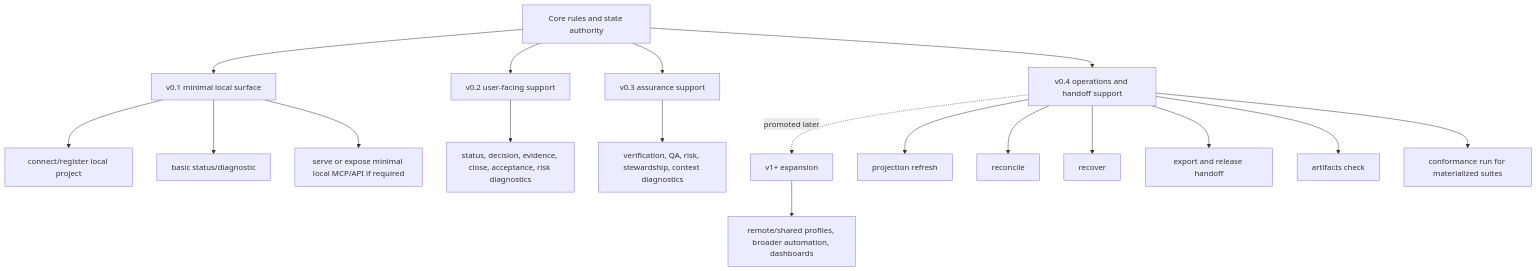
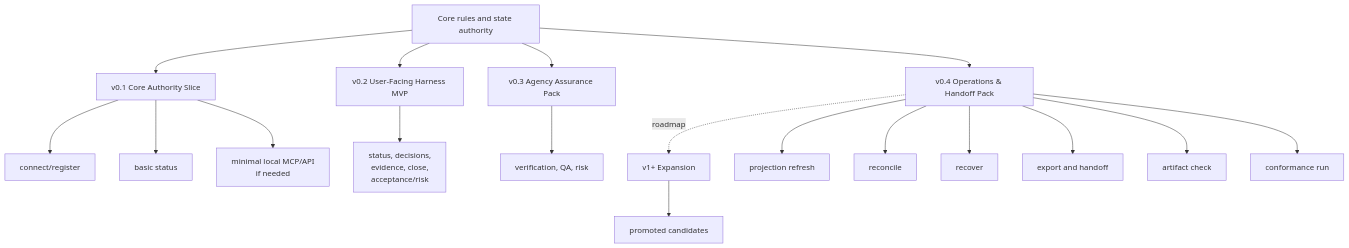
One commit to minjungw00/Harness_Project changed the first of 11 diagrams in docs/en/reference/operations-and-conformance.md. Above: the diagram before and after it, drawn with Mermaid. The commit also changed other lines of this file and 20 other files, not shown here.

Commit message:
docs: refresh diagrams for staged authority model

````diff
--- a/docs/en/reference/operations-and-conformance.md
+++ b/docs/en/reference/operations-and-conformance.md
@@ -91,21 +91,21 @@
 ```mermaid
 flowchart TD
   Core["Core rules and state authority"]
-  Core --> V01["v0.1 minimal local surface"]
-  Core --> V02["v0.2 user-facing support"]
-  Core --> V03["v0.3 assurance support"]
-  Core --> V04["v0.4 operations and handoff support"]
-  V04 -. promoted later .-> V1["v1+ expansion"]
-  V01 --> Connect["connect/register local project"]
-  V01 --> Status["basic status/diagnostic"]
-  V01 --> Serve["serve or expose minimal local MCP/API if required"]
-  V02 --> MVPDiag["status, decision, evidence, close, acceptance, risk diagnostics"]
-  V03 --> Assurance["verification, QA, risk, stewardship, context diagnostics"]
+  Core --> V01["v0.1 Core Authority Slice"]
+  Core --> V02["v0.2 User-Facing Harness MVP"]
+  Core --> V03["v0.3 Agency Assurance Pack"]
+  Core --> V04["v0.4 Operations & Handoff Pack"]
+  V04 -. roadmap .-> V1["v1+ Expansion"]
+  V01 --> Connect["connect/register"]
+  V01 --> Status["basic status"]
+  V01 --> Serve["minimal local MCP/API<br/>if needed"]
+  V02 --> MVPDiag["status, decisions,<br/>evidence, close,<br/>acceptance/risk"]
+  V03 --> Assurance["verification, QA, risk"]
   V04 --> Refresh["projection refresh"]
   V04 --> Reconcile["reconcile"]
   V04 --> Recover["recover"]
-  V04 --> Export["export and release handoff"]
-  V04 --> Artifacts["artifacts check"]
-  V04 --> Conformance["conformance run for materialized suites"]
-  V1 --> Expansion["remote/shared profiles, broader automation, dashboards"]
+  V04 --> Export["export and handoff"]
+  V04 --> Artifacts["artifact check"]
+  V04 --> Conformance["conformance run"]
+  V1 --> Expansion["promoted candidates"]
 ```
````
